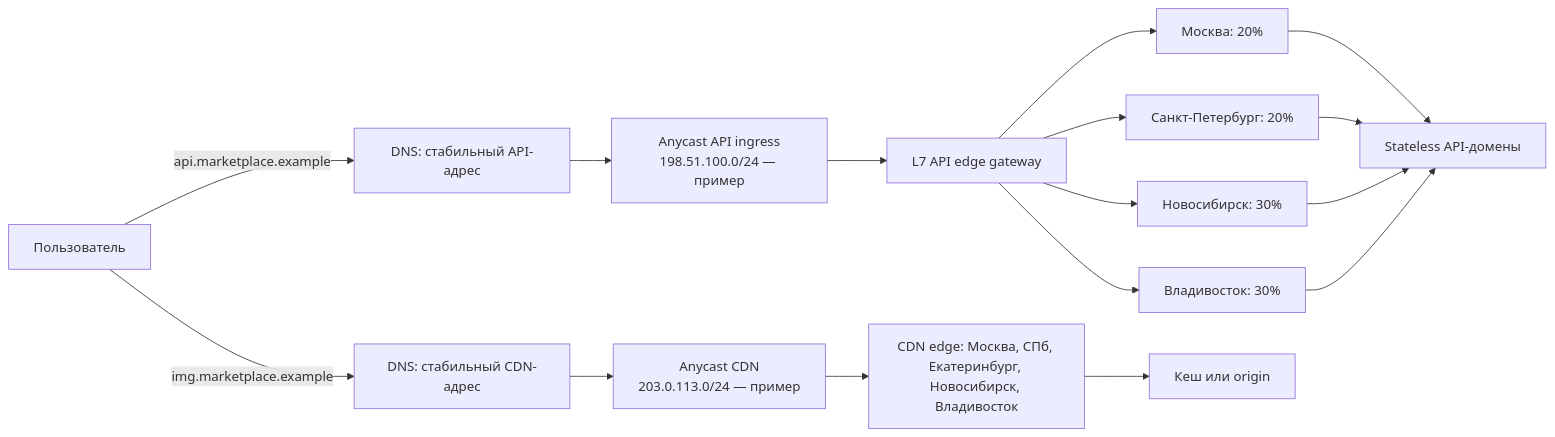
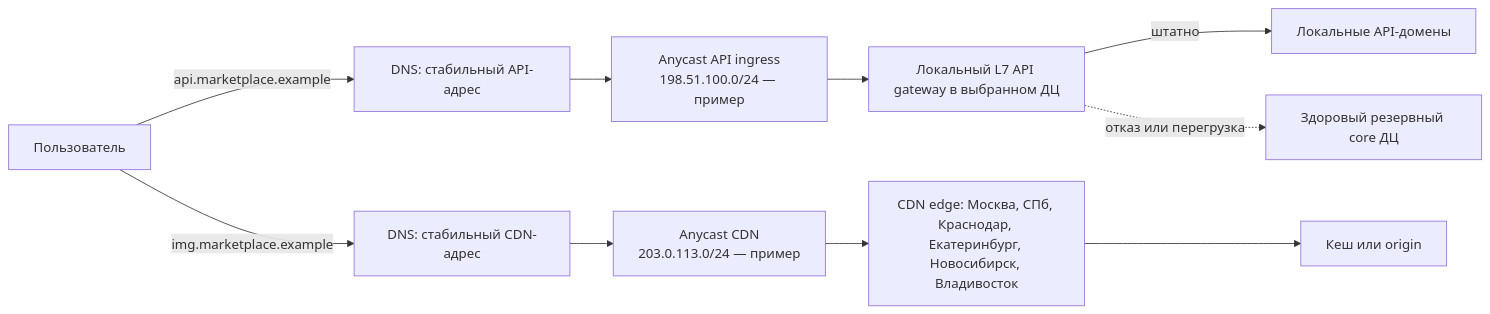
One commit to amklimenkov752/tp_highload_2026 changed the diagram in README.md. Above: the diagram before and after it, drawn with Mermaid. The commit also changed other lines of this file and 3 other files, not shown here.

````diff
--- a/README.md
+++ b/README.md
@@ -344,15 +351,12 @@
 ```mermaid
 flowchart LR
     U[Пользователь] -->|api.marketplace.example| DNS1[DNS: стабильный API-адрес]
     DNS1 --> AAPI[Anycast API ingress\n198.51.100.0/24 — пример]
-    AAPI --> G[L7 API edge gateway]
-    G --> M[Москва: 20%]
-    G --> S[Санкт-Петербург: 20%]
-    G --> N[Новосибирск: 30%]
-    G --> V[Владивосток: 30%]
-    M & S & N & V --> API[Stateless API-домены]
+    AAPI --> G[Локальный L7 API gateway в выбранном ДЦ]
+    G -->|штатно| L[Локальные API-домены]
+    G -.->|отказ или перегрузка| R[Здоровый резервный core ДЦ]
     U -->|img.marketplace.example| DNS2[DNS: стабильный CDN-адрес]
     DNS2 --> ACDN[Anycast CDN\n203.0.113.0/24 — пример]
-    ACDN --> C[CDN edge: Москва, СПб, Екатеринбург, Новосибирск, Владивосток]
+    ACDN --> C[CDN edge: Москва, СПб, Краснодар, Екатеринбург, Новосибирск, Владивосток]
     C --> O[Кеш или origin]
 ```
````
